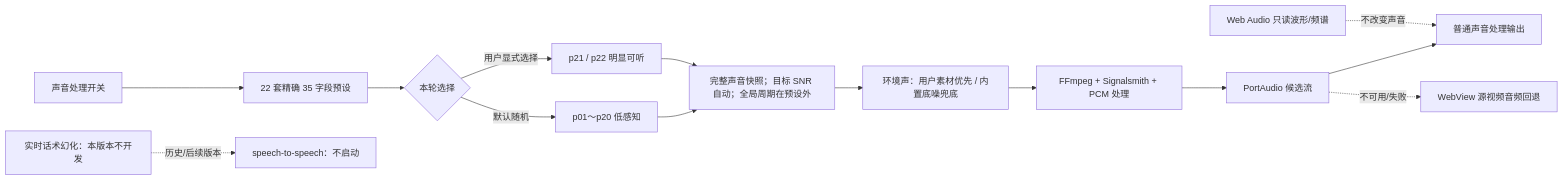
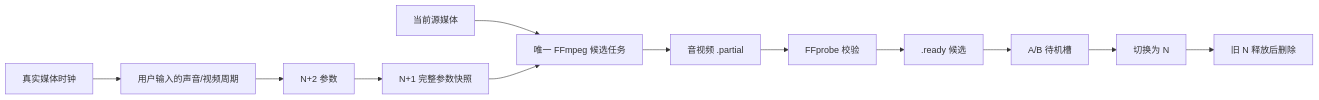
One commit to asd494235908/autolive changed the third of 6 diagrams in 桌面端功能流程图.md. Above: the diagram before and after it, drawn with Mermaid. The commit also changed other lines of this file and 302 other files, not shown here.

````diff
--- a/桌面端功能流程图.md
+++ b/桌面端功能流程图.md
@@ -99,16 +92,14 @@
 ```mermaid
 flowchart LR
-    AudioSwitch[声音处理开关] --> Pool[22 套精确 35 字段预设]
-    Pool --> Select{本轮选择}
-    Select -->|默认随机| Low[p01～p20 低感知]
-    Select -->|用户显式选择| Loud[p21 / p22 明显可听]
-    Low --> Snapshot[完整声音快照；目标 SNR 自动；全局周期在预设外]
-    Loud --> Snapshot
-    Snapshot --> Environment[环境声：用户素材优先 / 内置底噪兜底]
-    Environment --> FFmpeg[FFmpeg + Signalsmith + PCM 处理]
-    FFmpeg --> PortAudio[PortAudio 候选流]
-    PortAudio --> Output[普通声音处理输出]
-    PortAudio -.不可用/失败.-> Fallback[WebView 源视频音频回退]
-    Diagnostic[Web Audio 只读波形/频谱] -.不改变声音.-> Output
-    Realtime[实时话术幻化：本版本不开发] -.历史/后续版本.-> Speech[speech-to-speech：不启动]
+    Clock[真实媒体时钟] --> Cycle[用户输入的声音/视频周期]
+    Cycle --> N2[N+2 参数]
+    N2 --> N1[N+1 完整参数快照]
+    Source[当前源媒体] --> FFmpeg[唯一 FFmpeg 候选任务]
+    N1 --> FFmpeg
+    FFmpeg --> Partial[音视频 .partial]
+    Partial --> Verify[FFprobe 校验]
+    Verify --> Ready[.ready 候选]
+    Ready --> Slot[A/B 待机槽]
+    Slot --> Current[切换为 N]
+    Current --> Cleanup[旧 N 释放后删除]
 ```
````
